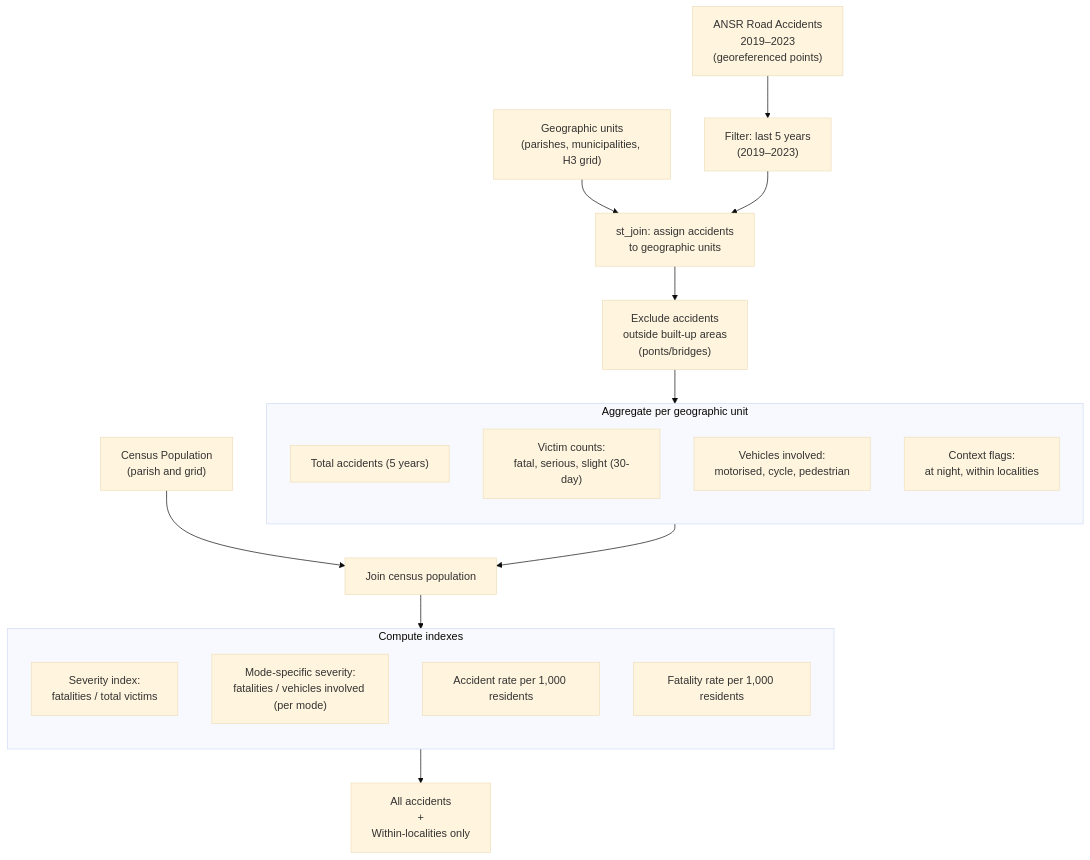
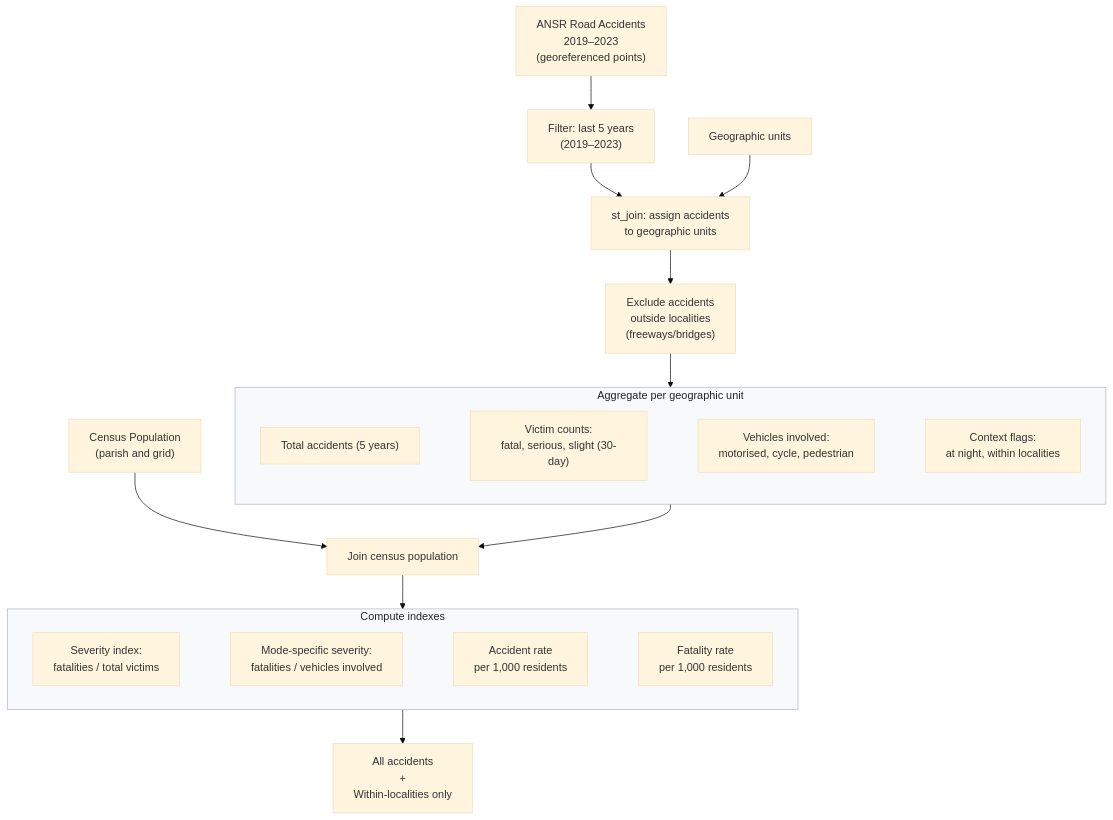
The diagram in documents/safety.qmd (U-Shift/IMPT-data), drawn with Mermaid (base theme) before and after one commit. The commit also changed other lines of this file and 1 other file, not shown here.

Commit message:
safety review #21

````diff
--- a/documents/safety.qmd
+++ b/documents/safety.qmd
@@ -6,32 +6,42 @@
 ```{mermaid}
 %%| label: fig-safety-flow
 %%| fig-cap: "Safety indicators computation"
 flowchart TB
-    Acc["ANSR Road Accidents<br/>2019–2023<br/>(georeferenced points)"] --> Filter
-    Pop["Census Population<br/>(parish and grid)"] --> JoinPop
-    Geo["Geographic units<br/>(parishes, municipalities, H3 grid)"] --> SJoin
+    Acc["ANSR Road Accidents<br>2019–2023<br>(georeferenced points)"]
+    Pop["Census Population<br>(parish and grid)"]
+    G1["Geographic units"]
     
-    Filter["Filter: last 5 years<br/>(2019–2023)"] --> SJoin
-    SJoin["st_join: assign accidents<br/>to geographic units"] --> ExcludeOuter["Exclude accidents<br/>outside built-up areas<br/>(ponts/bridges)"]
+    Filter["Filter: last 5 years<br>(2019–2023)"]
+    SJoin["st_join: assign accidents<br>to geographic units"]
+    ExcludeOuter["Exclude accidents<br>outside localities<br>(freeways/bridges)"]
+    
+    Acc --> Filter
+    Filter --> SJoin
+    G1 --> SJoin
+    SJoin --> ExcludeOuter
+    
+    subgraph Aggregate["Aggregate per geographic unit"]
+        direction LR
+        A1["Total accidents (5 years)"] ~~~ A2["Victim counts:<br>fatal, serious, slight (30-day)"] ~~~ A3["Vehicles involved:<br>motorised, cycle, pedestrian"] ~~~ A4["Context flags:<br>at night, within localities"]
+    end
+    
     ExcludeOuter --> Aggregate
     
-    subgraph Aggregate["Aggregate per geographic unit"]
-        direction TB
-        TotalAcc["Total accidents (5 years)"] 
-        Victims["Victim counts:<br/>fatal, serious, slight (30-day)"]
-        Vehicles["Vehicles involved:<br/>motorised, cycle, pedestrian"]
-        Context["Context flags:<br/>at night, within localities"]
+    JoinPop["Join census population"]
+    Aggregate --> JoinPop
+    Pop --> JoinPop
+    
+    subgraph CalcIdx["Compute indexes"]
+        direction LR
+        C1["Severity index:<br>fatalities / total victims"] ~~~ C2["Mode-specific severity:<br>fatalities / vehicles involved"] ~~~ C3["Accident rate<br>per 1,000 residents"] ~~~ C4["Fatality rate<br>per 1,000 residents"]
     end
     
-    Aggregate --> JoinPop["Join census population"] --> CalcIdx
+    JoinPop --> CalcIdx
     
-    subgraph CalcIdx["Compute indexes"]
-        direction TB
-        SevIdx["Severity index:<br/>fatalities / total victims"]
-        ModeIdx["Mode-specific severity:<br/>fatalities / vehicles involved (per mode)"]
-        Rate1000["Accident rate per 1,000 residents"]
-        FatalRate["Fatality rate per 1,000 residents"]
-    end
-    
-    CalcIdx --> BothSets["All accidents<br/>+<br/>Within-localities only"]
+    BothSets["All accidents<br>+<br>Within-localities only"]
+    CalcIdx --> BothSets
+
+    %% Subgraph styling
+    style Aggregate fill:#f8f9fa,stroke:#adb5bd,stroke-width:1px,color:#212529
+    style CalcIdx fill:#f8f9fa,stroke:#adb5bd,stroke-width:1px,color:#212529
 ```
````
